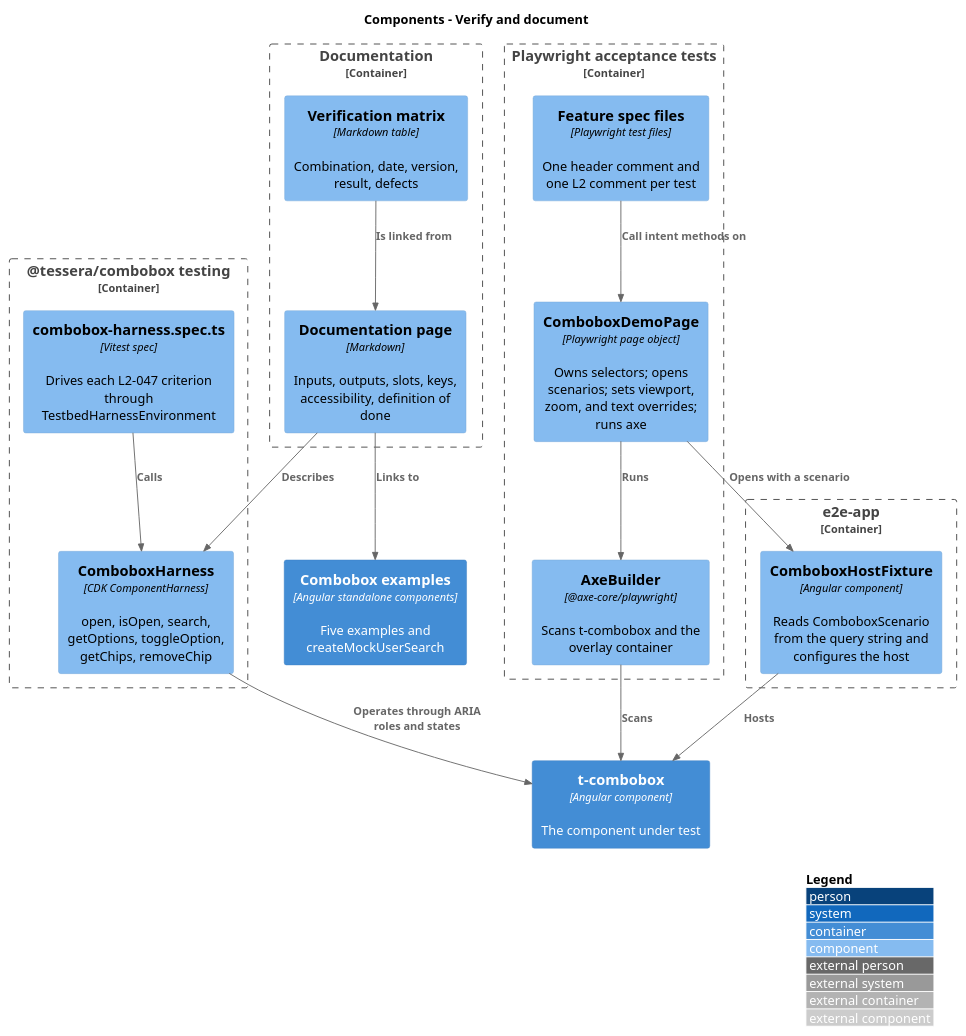
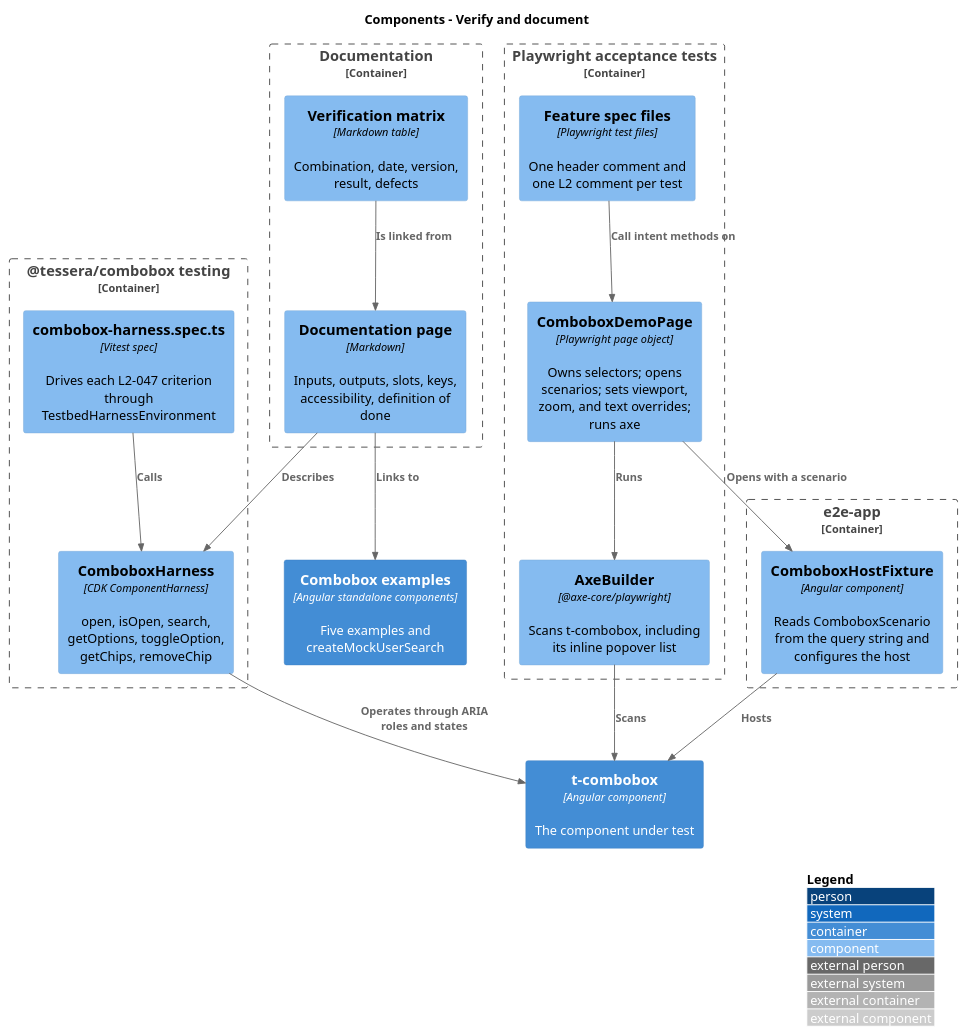
One commit to QuinntyneBrown/Tessera changed the diagram in docs/detailed-designs/combobox/verify-and-document/diagrams/c4-component.puml. Above: the diagram before and after it, drawn with PlantUML. The commit also changed 26 other files, not shown here.

First line of the commit message:
docs: align combobox designs with popover, keyboard and token changes

```diff
--- a/docs/detailed-designs/combobox/verify-and-document/diagrams/c4-component.puml
+++ b/docs/detailed-designs/combobox/verify-and-document/diagrams/c4-component.puml
@@ -1,34 +1,34 @@
 @startuml
 !include <C4/C4_Component>
 LAYOUT_WITH_LEGEND()
 title Components - Verify and document
 
 Container(pkgcore, "t-combobox", "Angular component", "The component under test")
 Container(examples, "Combobox examples", "Angular standalone components", "Five examples and createMockUserSearch")
 Container_Boundary(pkg, "@tessera/combobox testing") {
   Component(harness, "ComboboxHarness", "CDK ComponentHarness", "open, isOpen, search, getOptions, toggleOption, getChips, removeChip")
   Component(harnessspec, "combobox-harness.spec.ts", "Vitest spec", "Drives each L2-047 criterion through TestbedHarnessEnvironment")
 }
 Container_Boundary(e2e, "e2e-app") {
   Component(fixture, "ComboboxHostFixture", "Angular component", "Reads ComboboxScenario from the query string and configures the host")
 }
 Container_Boundary(tests, "Playwright acceptance tests") {
   Component(page, "ComboboxDemoPage", "Playwright page object", "Owns selectors; opens scenarios; sets viewport, zoom, and text overrides; runs axe")
-  Component(axe, "AxeBuilder", "@axe-core/playwright", "Scans t-combobox and the overlay container")
+  Component(axe, "AxeBuilder", "@axe-core/playwright", "Scans t-combobox, including its inline popover list")
   Component(specs, "Feature spec files", "Playwright test files", "One header comment and one L2 comment per test")
 }
 Container_Boundary(docs, "Documentation") {
   Component(page_doc, "Documentation page", "Markdown", "Inputs, outputs, slots, keys, accessibility, definition of done")
   Component(matrix, "Verification matrix", "Markdown table", "Combination, date, version, result, defects")
 }
 Rel(harnessspec, harness, "Calls")
 Rel(harness, pkgcore, "Operates through ARIA roles and states")
 Rel(specs, page, "Call intent methods on")
 Rel(page, fixture, "Opens with a scenario")
 Rel(page, axe, "Runs")
 Rel(fixture, pkgcore, "Hosts")
 Rel(axe, pkgcore, "Scans")
 Rel(page_doc, examples, "Links to")
 Rel(page_doc, harness, "Describes")
 Rel(matrix, page_doc, "Is linked from")
 @enduml
```
